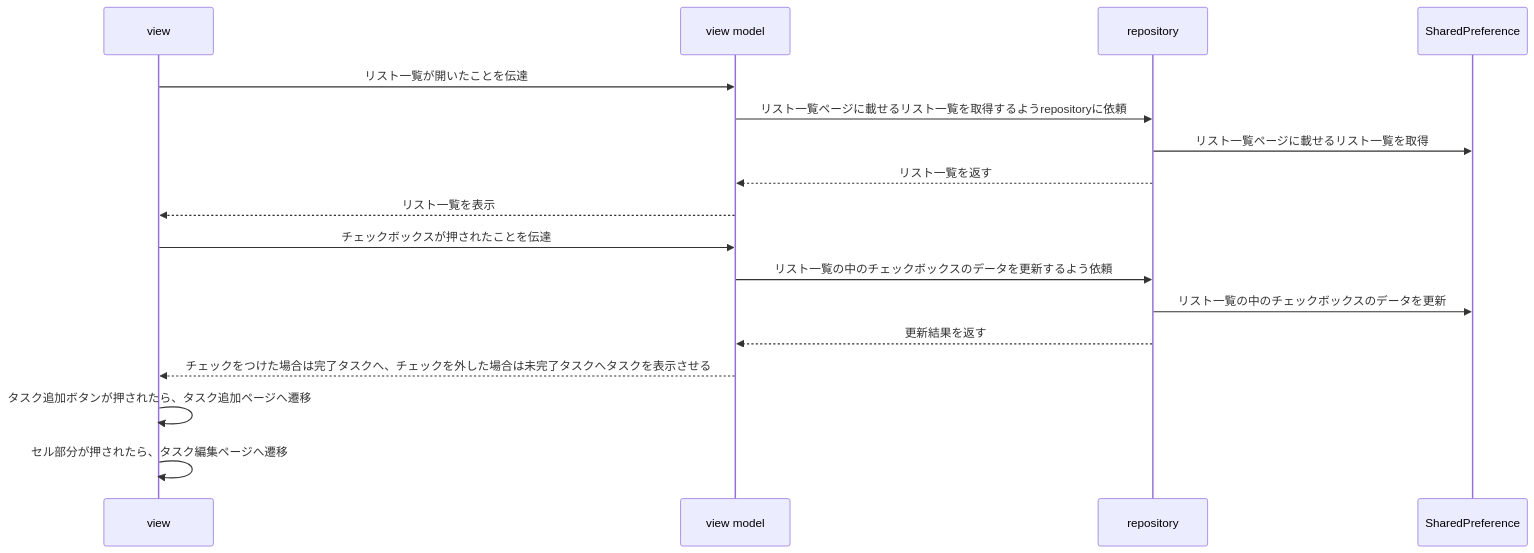
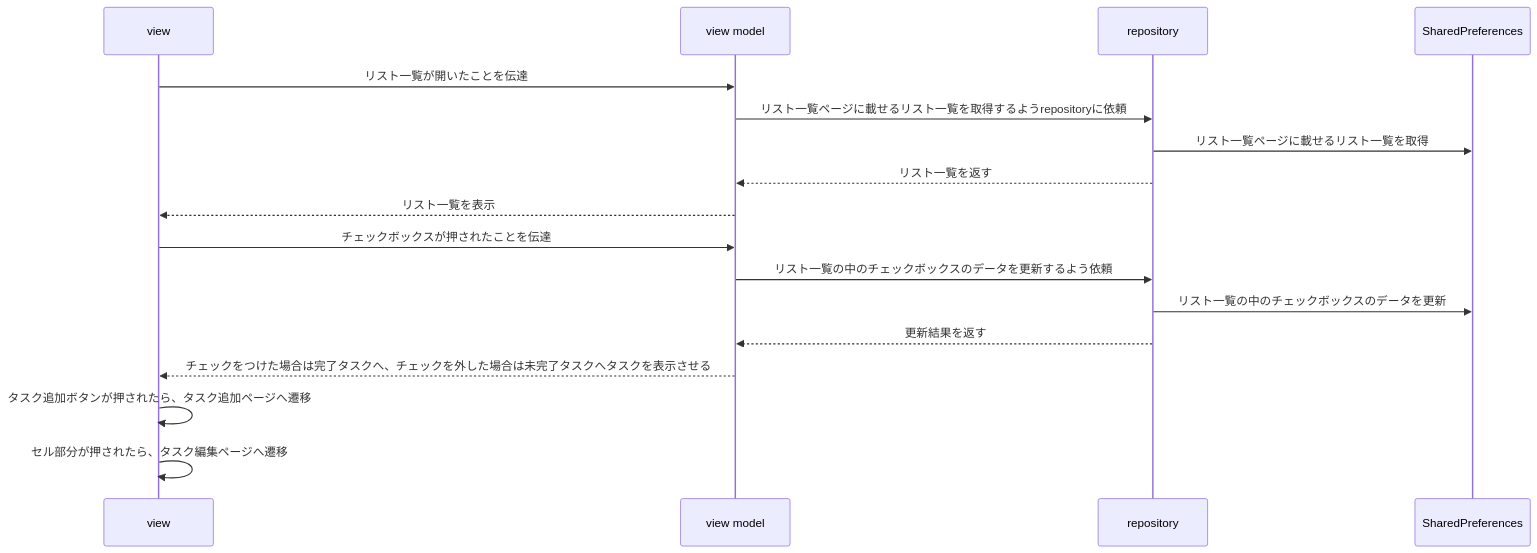
The second of 4 diagrams in README.md (momotenn/todo-app), drawn with Mermaid before and after one commit. The commit also changed other lines of this file, not shown here.

````diff
--- a/README.md
+++ b/README.md
@@ -24,15 +24,15 @@
 ```mermaid
 sequenceDiagram;
      view->>view model: リスト一覧が開いたことを伝達
      view model->>repository: リスト一覧ページに載せるリスト一覧を取得するようrepositoryに依頼
-     repository->>SharedPreference: リスト一覧ページに載せるリスト一覧を取得
+     repository->>SharedPreferences: リスト一覧ページに載せるリスト一覧を取得
      repository-->>view model:　リスト一覧を返す
      view model-->>view: リスト一覧を表示
      view->>view model:　チェックボックスが押されたことを伝達
      view model->>repository: リスト一覧の中のチェックボックスのデータを更新するよう依頼
-     repository->>SharedPreference: リスト一覧の中のチェックボックスのデータを更新
+     repository->>SharedPreferences: リスト一覧の中のチェックボックスのデータを更新
      repository-->>view model: 更新結果を返す
 　     view model-->>view: チェックをつけた場合は完了タスクへ、チェックを外した場合は未完了タスクへタスクを表示させる
 　　　　　　　　　　　view->>view: タスク追加ボタンが押されたら、タスク追加ページへ遷移
 　　　　　　　　　　　view->>view:　セル部分が押されたら、タスク編集ページへ遷移
 ```
````
